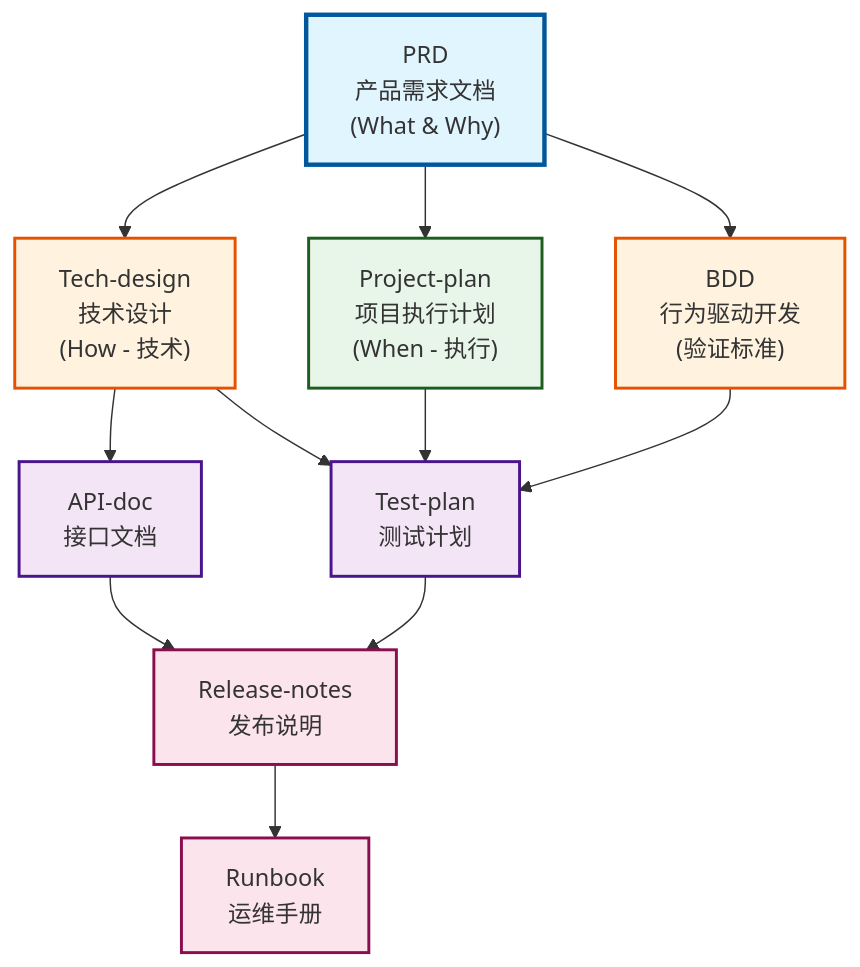
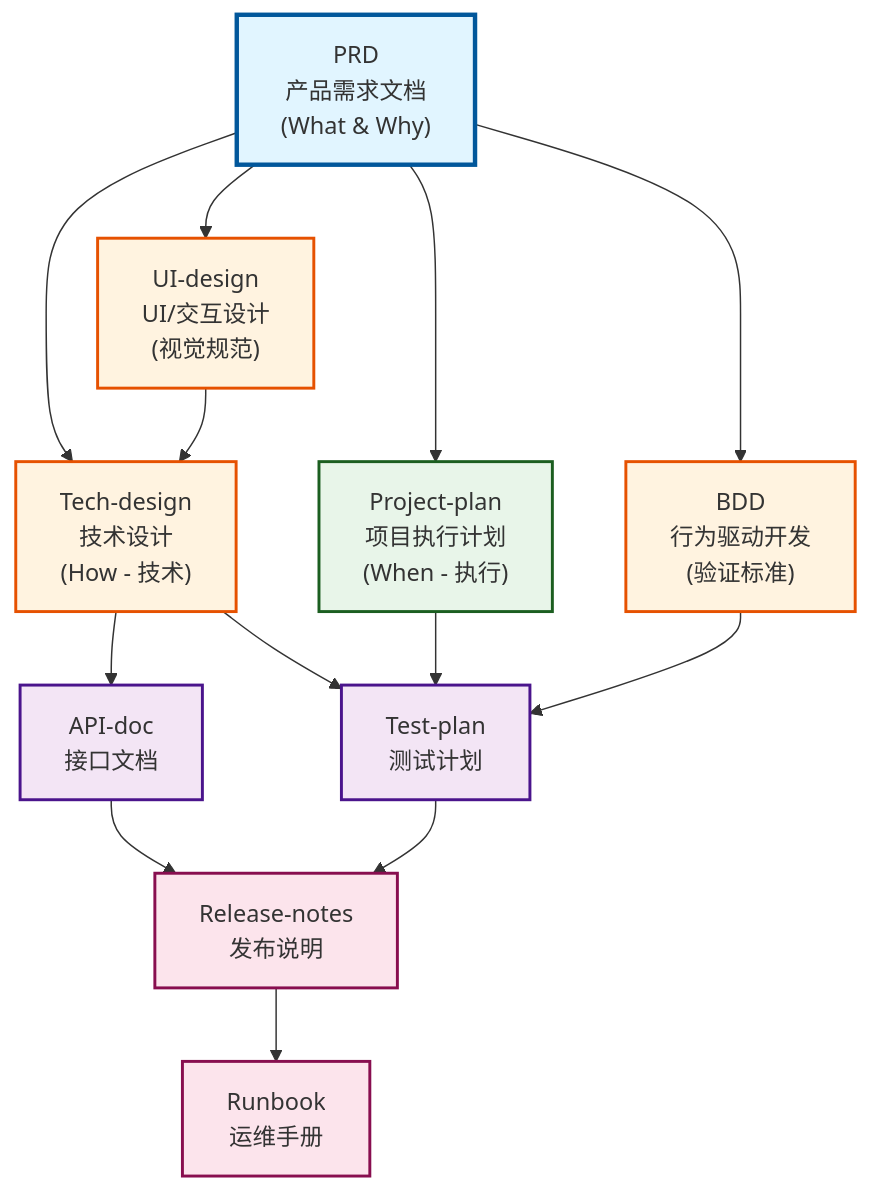
One commit to yarnovo/ai-next changed the second of 5 diagrams in templates/README.md. Above: the diagram before and after it, drawn with Mermaid. The commit also changed other lines of this file and 5 other files, not shown here.

````diff
--- a/templates/README.md
+++ b/templates/README.md
@@ -424,29 +445,33 @@
 ```mermaid
 graph TD
     PRD["PRD<br/>产品需求文档<br/>(What & Why)"]
 
+    PRD --> UIDesign["UI-design<br/>UI/交互设计<br/>(视觉规范)"]
     PRD --> BDD["BDD<br/>行为驱动开发<br/>(验证标准)"]
     PRD --> TechDesign["Tech-design<br/>技术设计<br/>(How - 技术)"]
     PRD --> ProjectPlan["Project-plan<br/>项目执行计划<br/>(When - 执行)"]
+
+    UIDesign --> TechDesign
 
     TechDesign --> API["API-doc<br/>接口文档"]
     TechDesign --> TestPlan["Test-plan<br/>测试计划"]
 
     ProjectPlan --> TestPlan
 
     BDD --> TestPlan
 
     API --> Release["Release-notes<br/>发布说明"]
     TestPlan --> Release
 
     Release --> Runbook["Runbook<br/>运维手册"]
 
     style PRD fill:#e1f5ff,stroke:#01579b,stroke-width:3px
+    style UIDesign fill:#fff3e0,stroke:#e65100,stroke-width:2px
     style BDD fill:#fff3e0,stroke:#e65100,stroke-width:2px
     style TechDesign fill:#fff3e0,stroke:#e65100,stroke-width:2px
     style ProjectPlan fill:#e8f5e9,stroke:#1b5e20,stroke-width:2px
     style API fill:#f3e5f5,stroke:#4a148c,stroke-width:2px
     style TestPlan fill:#f3e5f5,stroke:#4a148c,stroke-width:2px
     style Release fill:#fce4ec,stroke:#880e4f,stroke-width:2px
     style Runbook fill:#fce4ec,stroke:#880e4f,stroke-width:2px
 ```
````
